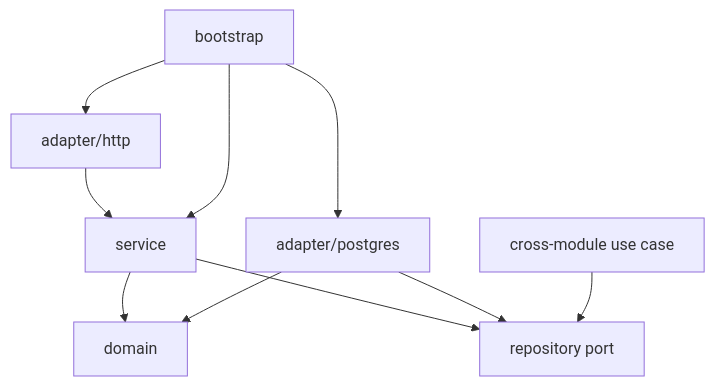
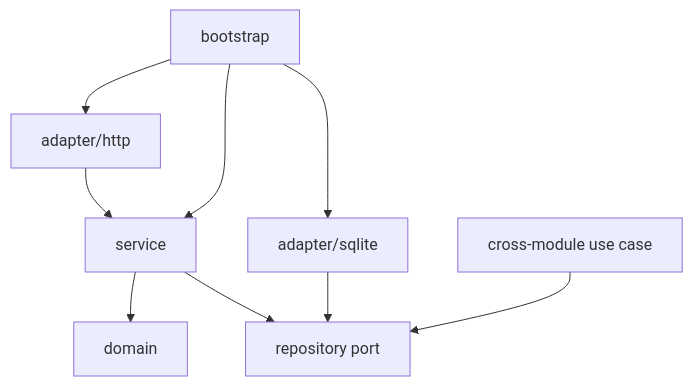
Before and after one commit to larb26656/my-feed: the diagram in docs/patterns/architecture.md, drawn with Mermaid. The commit also changed other lines of this file and 67 other files, not shown here.

````diff
--- a/docs/patterns/architecture.md
+++ b/docs/patterns/architecture.md
@@ -13,12 +13,11 @@
 ```mermaid
 flowchart TB
   HTTP[adapter/http] --> SVC[service]
   SVC --> DOM[domain]
   SVC --> PORT[repository port]
-  PG[adapter/postgres] --> PORT
-  PG --> DOM
+  DB[adapter/sqlite] --> PORT
   BOOT[bootstrap] --> HTTP
   BOOT --> SVC
-  BOOT --> PG
+  BOOT --> DB
   XMOD[cross-module use case] --> PORT
 ```
````
